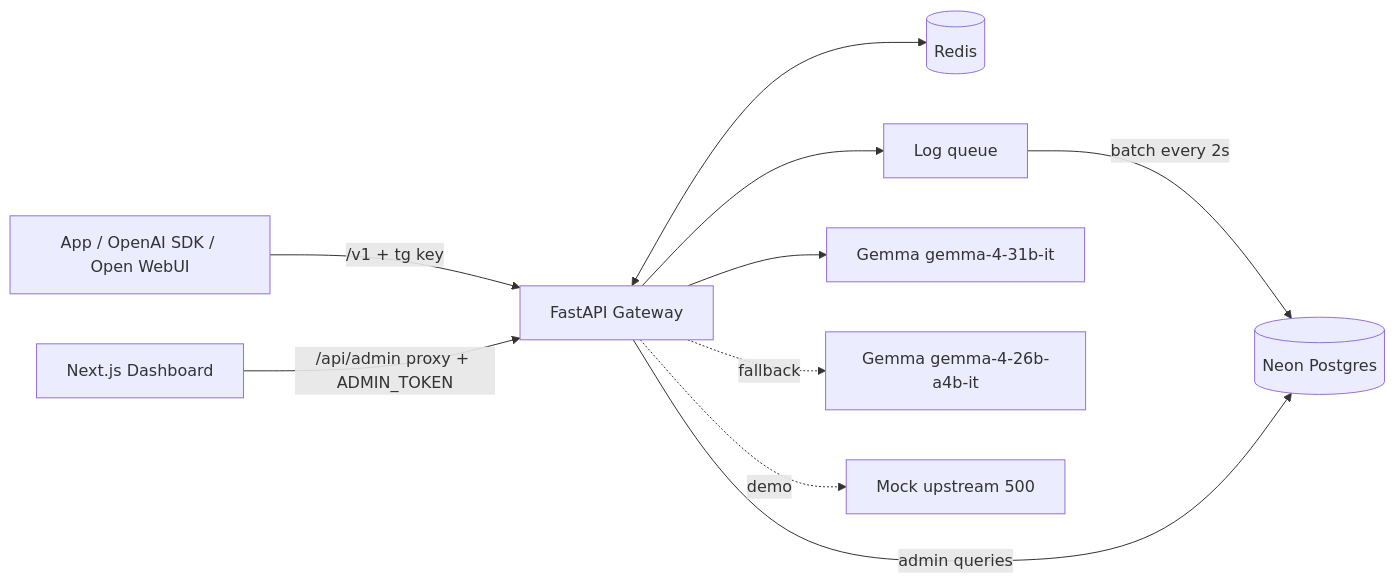
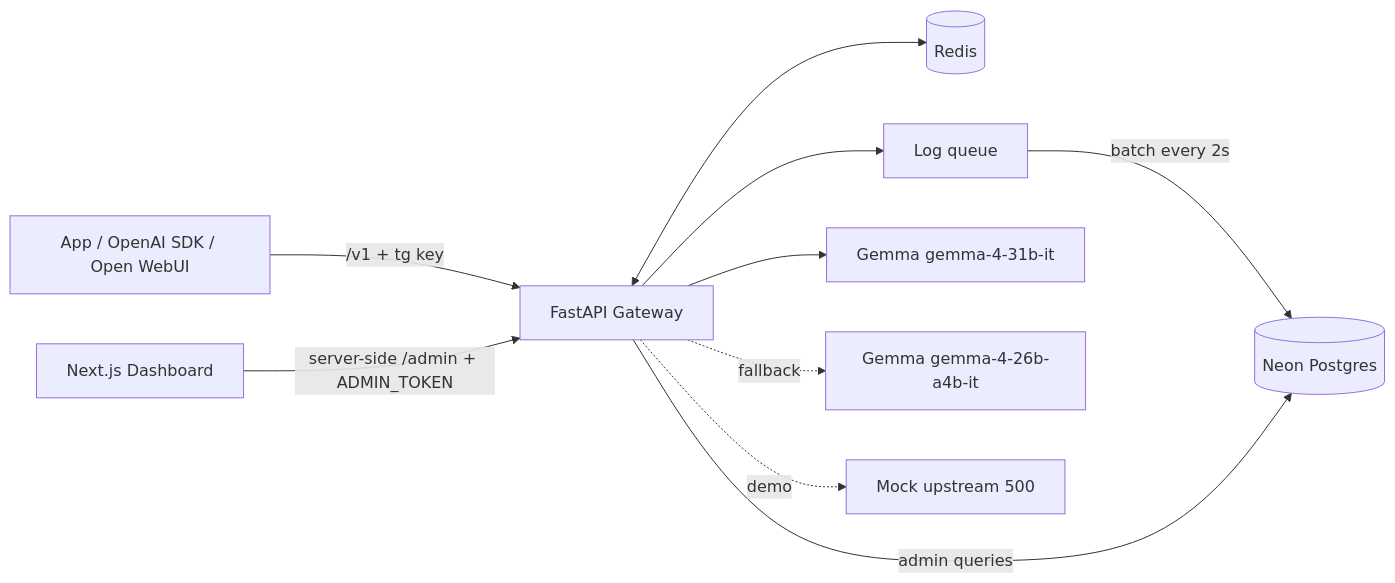
One commit to sumitsingh3072/tollgate changed the diagram in docs/architecture.md. Above: the diagram before and after it, drawn with Mermaid. The commit also changed other lines of this file and 56 other files, not shown here.

````diff
--- a/docs/architecture.md
+++ b/docs/architecture.md
@@ -16,11 +18,11 @@
 ```mermaid
 flowchart LR
   App[App / OpenAI SDK / Open WebUI] -->|/v1 + tg key| GW[FastAPI Gateway]
-  Dash[Next.js Dashboard] -->|/api/admin proxy + ADMIN_TOKEN| GW
+  Dash[Next.js Dashboard] -->|server-side /admin + ADMIN_TOKEN| GW
   GW <--> R[(Redis)]
   GW --> Q[Log queue] -->|batch every 2s| DB[(Neon Postgres)]
   GW -->|admin queries| DB
   GW --> O1[Gemma gemma-4-31b-it]
   GW -. fallback .-> O2[Gemma gemma-4-26b-a4b-it]
   GW -. demo .-> M[Mock upstream 500]
 ```
````
